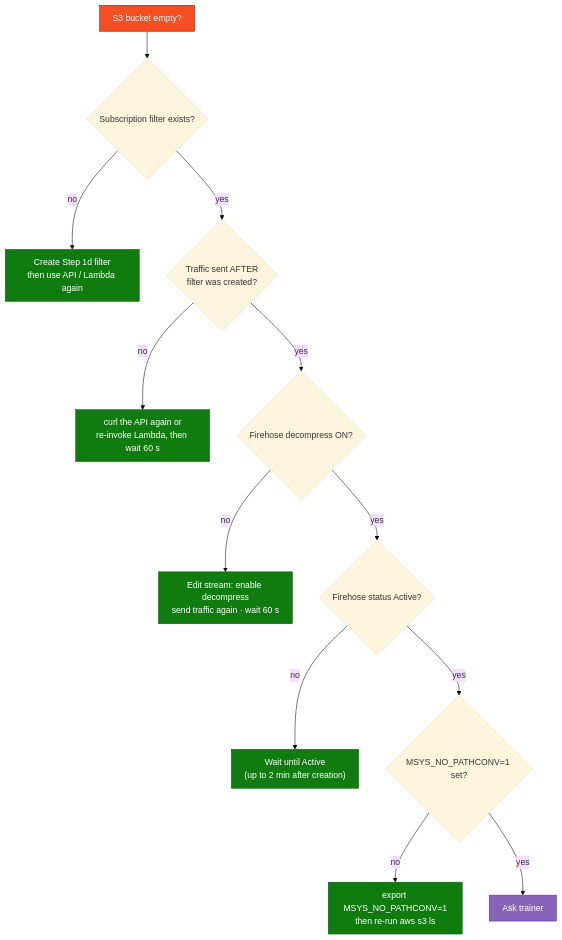
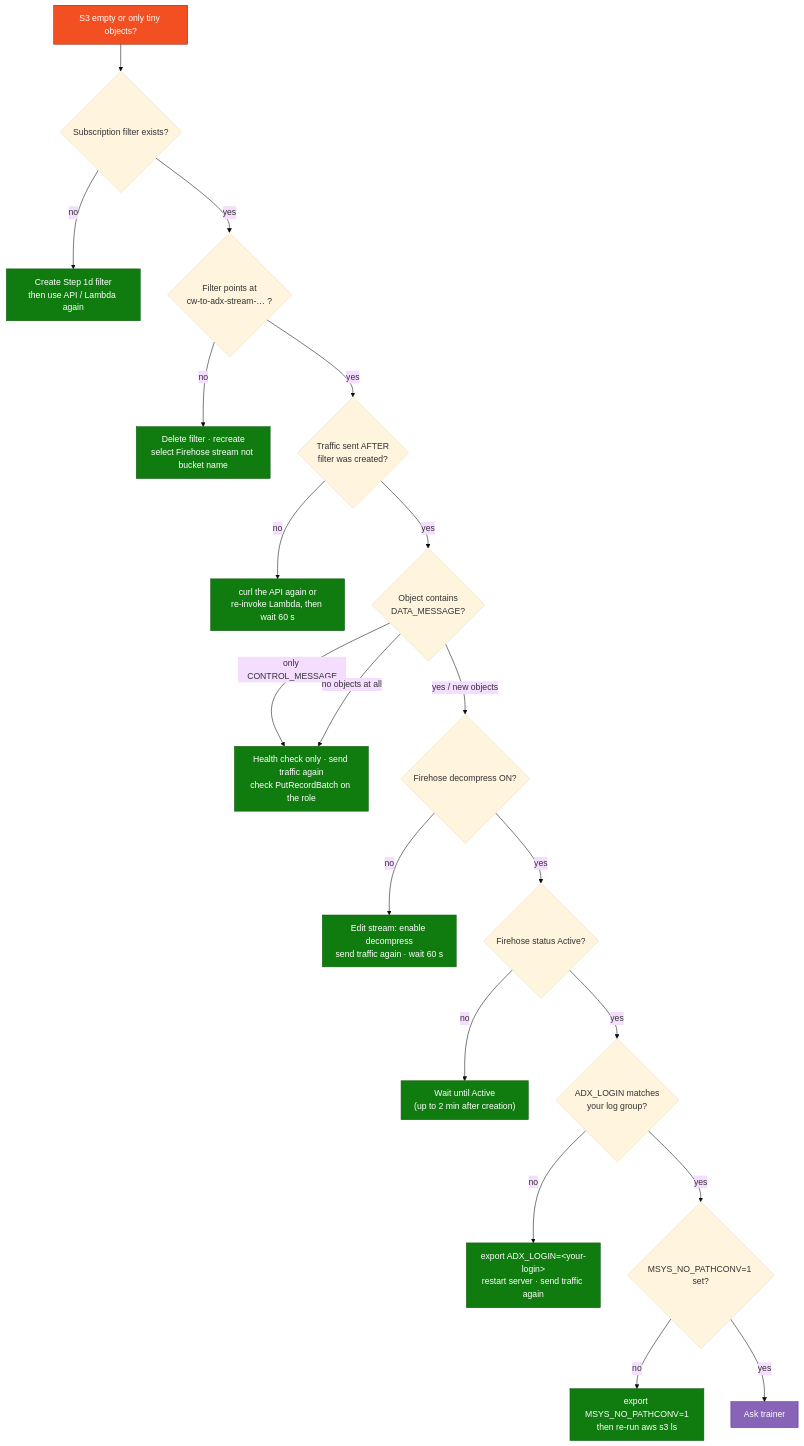
One commit to atingupta2005/adx-aws-training-aug-26 changed the second of 2 diagrams in Module_03_AWS_CloudWatch/03_CloudWatch_to_ADX_Lab.md. Above: the diagram before and after it, drawn with Mermaid. The commit also changed other lines of this file and 3 other files, not shown here.

````diff
--- a/Module_03_AWS_CloudWatch/03_CloudWatch_to_ADX_Lab.md
+++ b/Module_03_AWS_CloudWatch/03_CloudWatch_to_ADX_Lab.md
@@ -529,22 +555,32 @@
 ```mermaid
 %%{init: {"theme":"base","flowchart":{"htmlLabels":true,"padding":12}}}%%
 flowchart TD
-  START["S3 bucket empty?"] --> Q1{"Subscription filter exists?"}
+  START["S3 empty or only tiny objects?"] --> Q1{"Subscription filter exists?"}
   Q1 -->|no| FIX1["Create Step 1d filter<br/>then use API / Lambda again"]
-  Q1 -->|yes| Q2{"Traffic sent AFTER<br/>filter was created?"}
+  Q1 -->|yes| Q1b{"Filter points at<br/>cw-to-adx-stream-… ?"}
+  Q1b -->|no| FIX1b["Delete filter · recreate<br/>select Firehose stream not bucket name"]
+  Q1b -->|yes| Q2{"Traffic sent AFTER<br/>filter was created?"}
   Q2 -->|no| FIX2["curl the API again or<br/>re-invoke Lambda, then wait 60 s"]
-  Q2 -->|yes| Q3{"Firehose decompress ON?"}
+  Q2 -->|yes| Q2b{"Object contains<br/>DATA_MESSAGE?"}
+  Q2b -->|only CONTROL_MESSAGE| FIX2b["Health check only · send traffic again<br/>check PutRecordBatch on the role"]
+  Q2b -->|yes / new objects| Q3{"Firehose decompress ON?"}
+  Q2b -->|no objects at all| FIX2b
   Q3 -->|no| FIX3["Edit stream: enable decompress<br/>send traffic again · wait 60 s"]
   Q3 -->|yes| Q4{"Firehose status Active?"}
   Q4 -->|no| FIX4["Wait until Active<br/>(up to 2 min after creation)"]
-  Q4 -->|yes| Q5{"MSYS_NO_PATHCONV=1 set?"}
-  Q5 -->|no| FIX5["export MSYS_NO_PATHCONV=1<br/>then re-run aws s3 ls"]
-  Q5 -->|yes| HELP["Ask trainer"]
+  Q4 -->|yes| Q5{"ADX_LOGIN matches<br/>your log group?"}
+  Q5 -->|no| FIX5["export ADX_LOGIN=&lt;your-login&gt;<br/>restart server · send traffic again"]
+  Q5 -->|yes| Q6{"MSYS_NO_PATHCONV=1 set?"}
+  Q6 -->|no| FIX6["export MSYS_NO_PATHCONV=1<br/>then re-run aws s3 ls"]
+  Q6 -->|yes| HELP["Ask trainer"]
   style START fill:#F25022,stroke:#8B1A00,color:#fff
   style FIX1 fill:#107C10,stroke:#0B5A0B,color:#fff
+  style FIX1b fill:#107C10,stroke:#0B5A0B,color:#fff
   style FIX2 fill:#107C10,stroke:#0B5A0B,color:#fff
+  style FIX2b fill:#107C10,stroke:#0B5A0B,color:#fff
   style FIX3 fill:#107C10,stroke:#0B5A0B,color:#fff
   style FIX4 fill:#107C10,stroke:#0B5A0B,color:#fff
   style FIX5 fill:#107C10,stroke:#0B5A0B,color:#fff
+  style FIX6 fill:#107C10,stroke:#0B5A0B,color:#fff
   style HELP fill:#8764B8,stroke:#5C2D91,color:#fff
 ```
````
